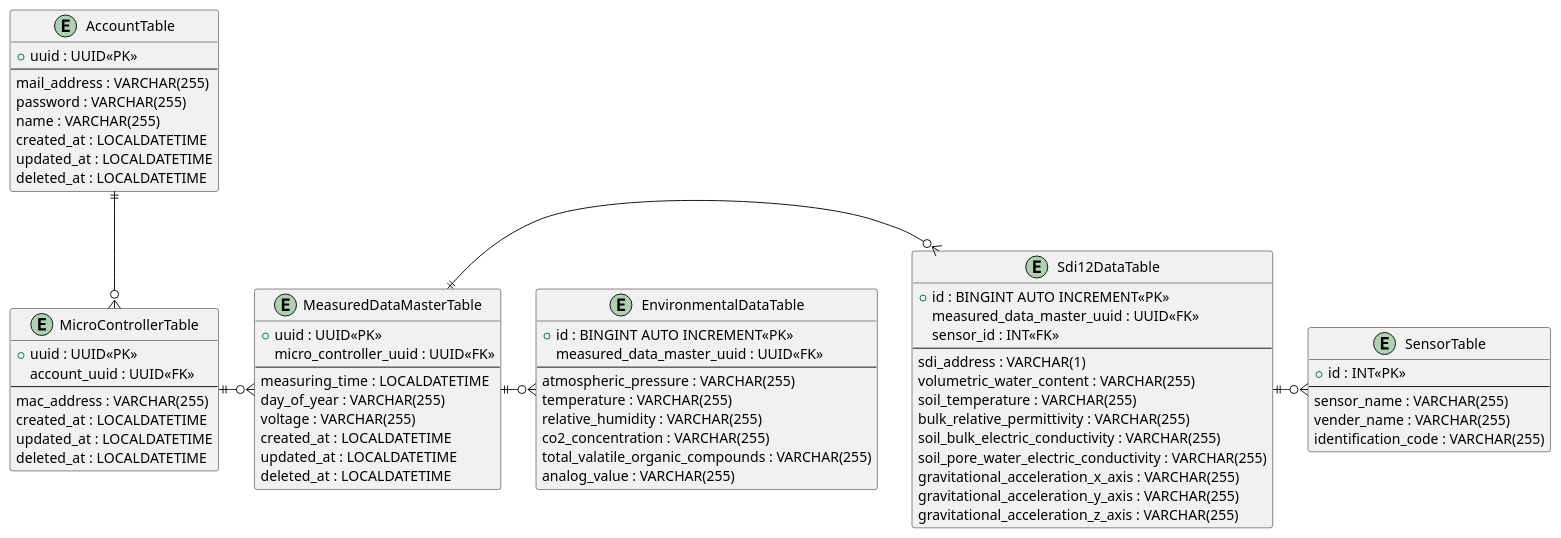
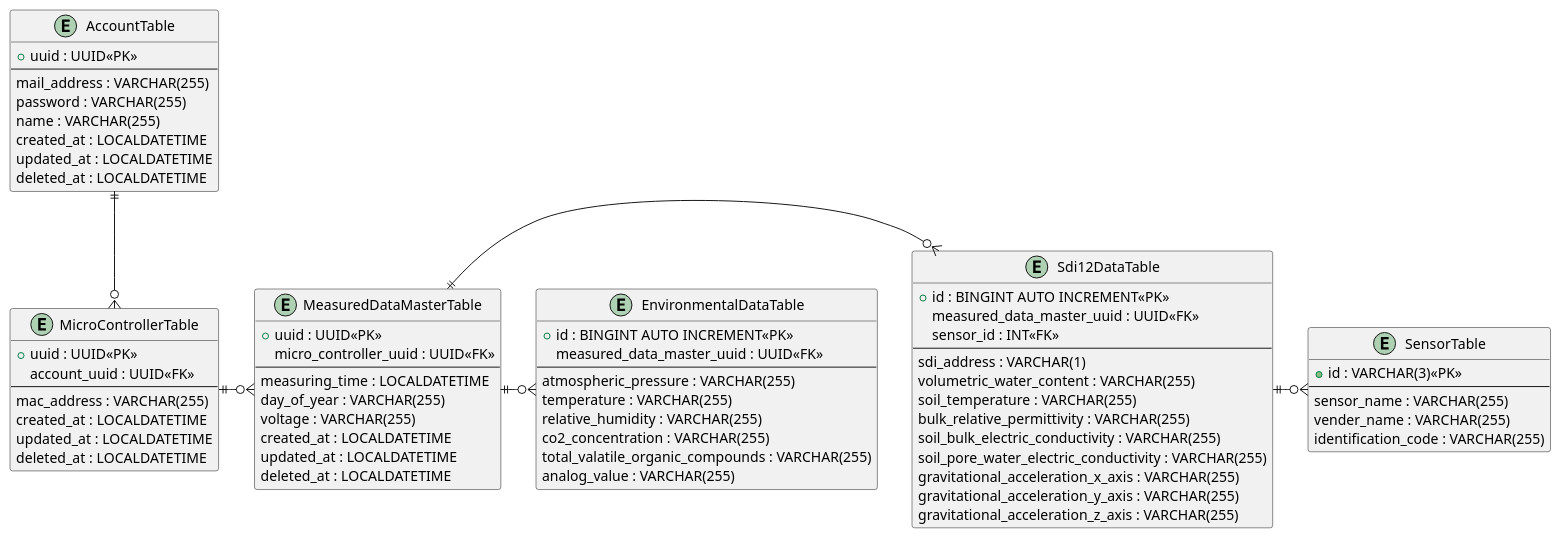
One commit to mktkhr/stamp-iot changed the diagram in document/er.puml. Above: the diagram before and after it, drawn with PlantUML. The commit also changed 1 other file, not shown here.

```diff
--- a/document/er.puml
+++ b/document/er.puml
@@ -1,77 +1,77 @@
 @startuml stamp-iot 
 entity "AccountTable" {
     +uuid : UUID<<PK>>
     --
     mail_address : VARCHAR(255)
     password : VARCHAR(255)
     name : VARCHAR(255)
     created_at : LOCALDATETIME
     updated_at : LOCALDATETIME
     deleted_at : LOCALDATETIME
 }
 
 entity "MicroControllerTable" {
     +uuid : UUID<<PK>>
     account_uuid : UUID<<FK>>
     --
     mac_address : VARCHAR(255)
     created_at : LOCALDATETIME
     updated_at : LOCALDATETIME
     deleted_at : LOCALDATETIME
 }
 
 entity "MeasuredDataMasterTable" {
     +uuid : UUID<<PK>>
     micro_controller_uuid : UUID<<FK>>
     --
     measuring_time : LOCALDATETIME
     day_of_year : VARCHAR(255)
     voltage : VARCHAR(255)
     created_at : LOCALDATETIME
     updated_at : LOCALDATETIME
     deleted_at : LOCALDATETIME
 }
 
 entity "Sdi12DataTable" {
     +id : BINGINT AUTO INCREMENT<<PK>>
     measured_data_master_uuid : UUID<<FK>>
     sensor_id : INT<<FK>>
     --
     sdi_address : VARCHAR(1)
     volumetric_water_content : VARCHAR(255)
     soil_temperature : VARCHAR(255)
     bulk_relative_permittivity : VARCHAR(255)
     soil_bulk_electric_conductivity : VARCHAR(255)
     soil_pore_water_electric_conductivity : VARCHAR(255)
     gravitational_acceleration_x_axis : VARCHAR(255)
     gravitational_acceleration_y_axis : VARCHAR(255)
     gravitational_acceleration_z_axis : VARCHAR(255)
 }
 
 entity "EnvironmentalDataTable" {
     +id : BINGINT AUTO INCREMENT<<PK>>
     measured_data_master_uuid : UUID<<FK>>
     --
     atmospheric_pressure : VARCHAR(255)
     temperature : VARCHAR(255)
     relative_humidity : VARCHAR(255)
     co2_concentration : VARCHAR(255)
     total_valatile_organic_compounds : VARCHAR(255)
     analog_value : VARCHAR(255)
 }
 
 entity "SensorTable" {
-    +id : INT<<PK>>
+    +id : VARCHAR(3)<<PK>>
     --
     sensor_name : VARCHAR(255)
     vender_name : VARCHAR(255)
     identification_code : VARCHAR(255)
 }
 
 AccountTable ||-d-o{ MicroControllerTable
 MicroControllerTable ||-r-o{ MeasuredDataMasterTable
 MeasuredDataMasterTable ||-r-o{ Sdi12DataTable
 MeasuredDataMasterTable ||-r-o{ EnvironmentalDataTable
 Sdi12DataTable ||-r-o{ SensorTable
 
 @enduml
```
